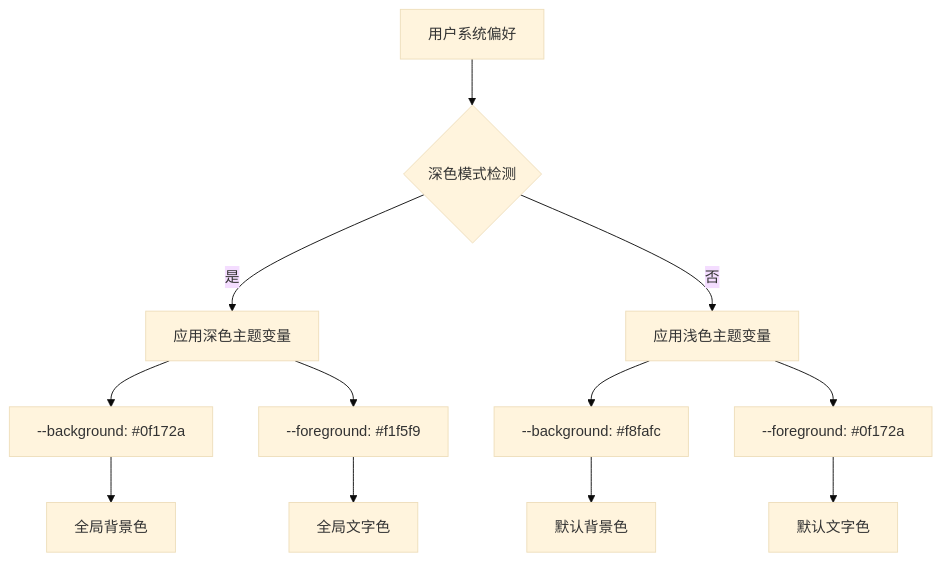
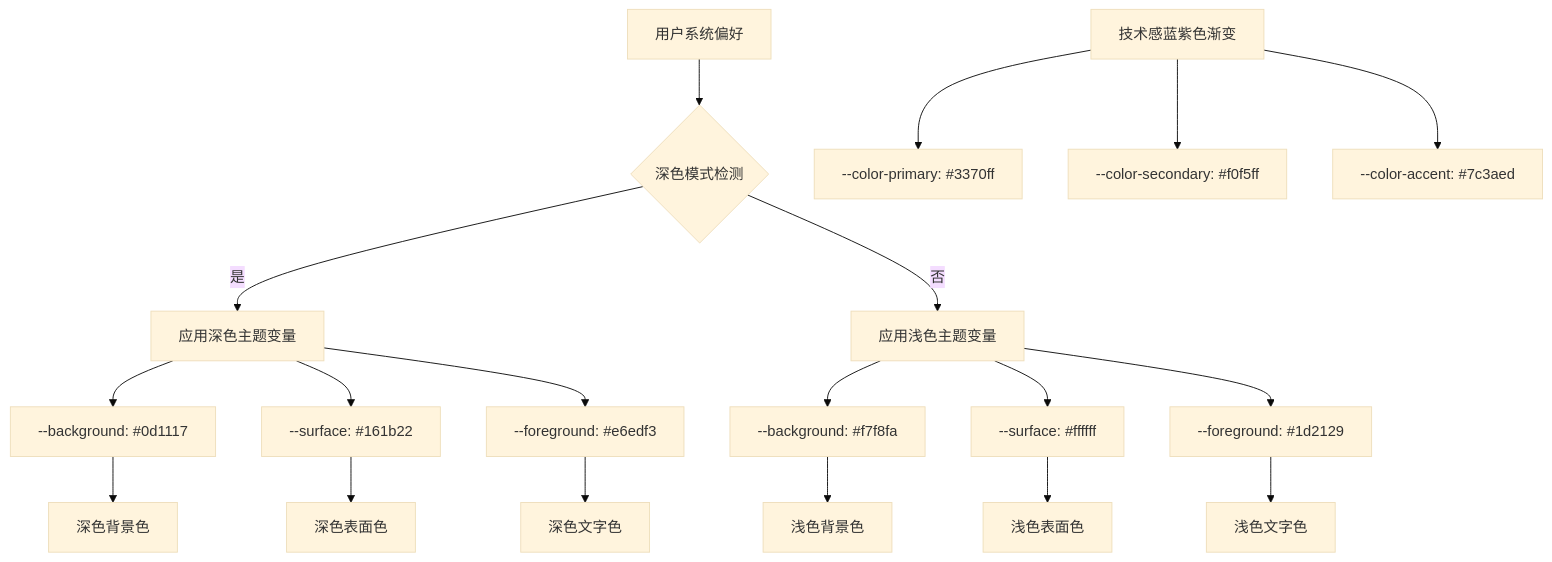
The second of 9 diagrams in .qoder/repowiki/zh/content/样式和主题系统.md (zuozuoliu740-cmd/xianxiong-news), drawn with Mermaid (base theme) before and after one commit. The commit also changed other lines of this file and 11 other files, not shown here.

````diff
--- a/.qoder/repowiki/zh/content/样式和主题系统.md
+++ b/.qoder/repowiki/zh/content/样式和主题系统.md
@@ -78,14 +85,21 @@
 ```mermaid
 flowchart TD
 A[用户系统偏好] --> B{深色模式检测}
 B --> |是| C[应用深色主题变量]
 B --> |否| D[应用浅色主题变量]
-C --> E[--background: #0f172a]
-C --> F[--foreground: #f1f5f9]
-D --> G[--background: #f8fafc]
-D --> H[--foreground: #0f172a]
-E --> I[全局背景色]
-F --> J[全局文字色]
-G --> K[默认背景色]
-H --> L[默认文字色]
+C --> E[--background: #0d1117]
+C --> F[--surface: #161b22]
+C --> G[--foreground: #e6edf3]
+D --> H[--background: #f7f8fa]
+D --> I[--surface: #ffffff]
+D --> J[--foreground: #1d2129]
+E --> K[深色背景色]
+F --> L[深色表面色]
+G --> M[深色文字色]
+H --> N[浅色背景色]
+I --> O[浅色表面色]
+J --> P[浅色文字色]
+Q[技术感蓝紫色渐变] --> R[--color-primary: #3370ff]
+Q --> S[--color-secondary: #f0f5ff]
+Q --> T[--color-accent: #7c3aed]
 ```
````
